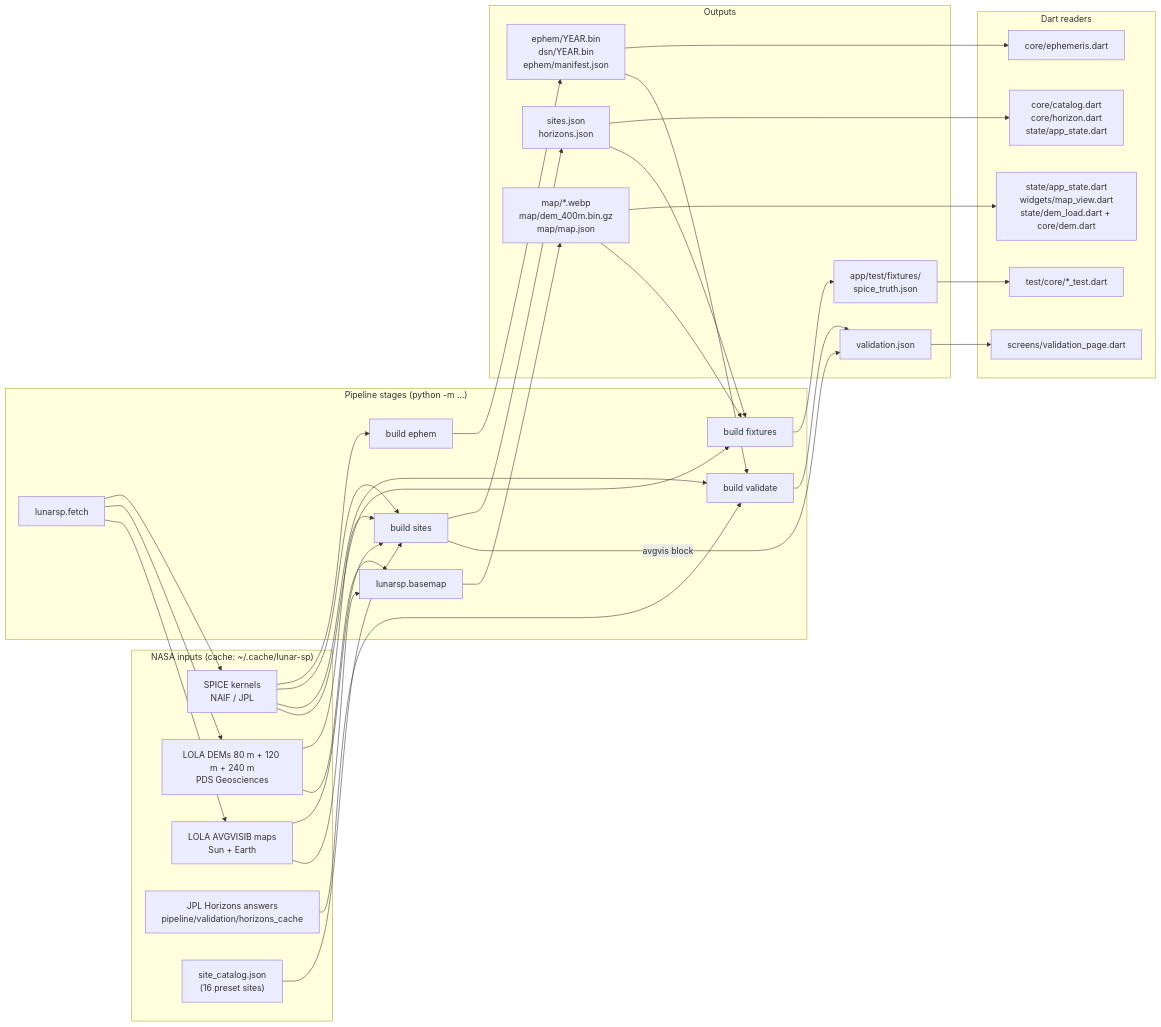
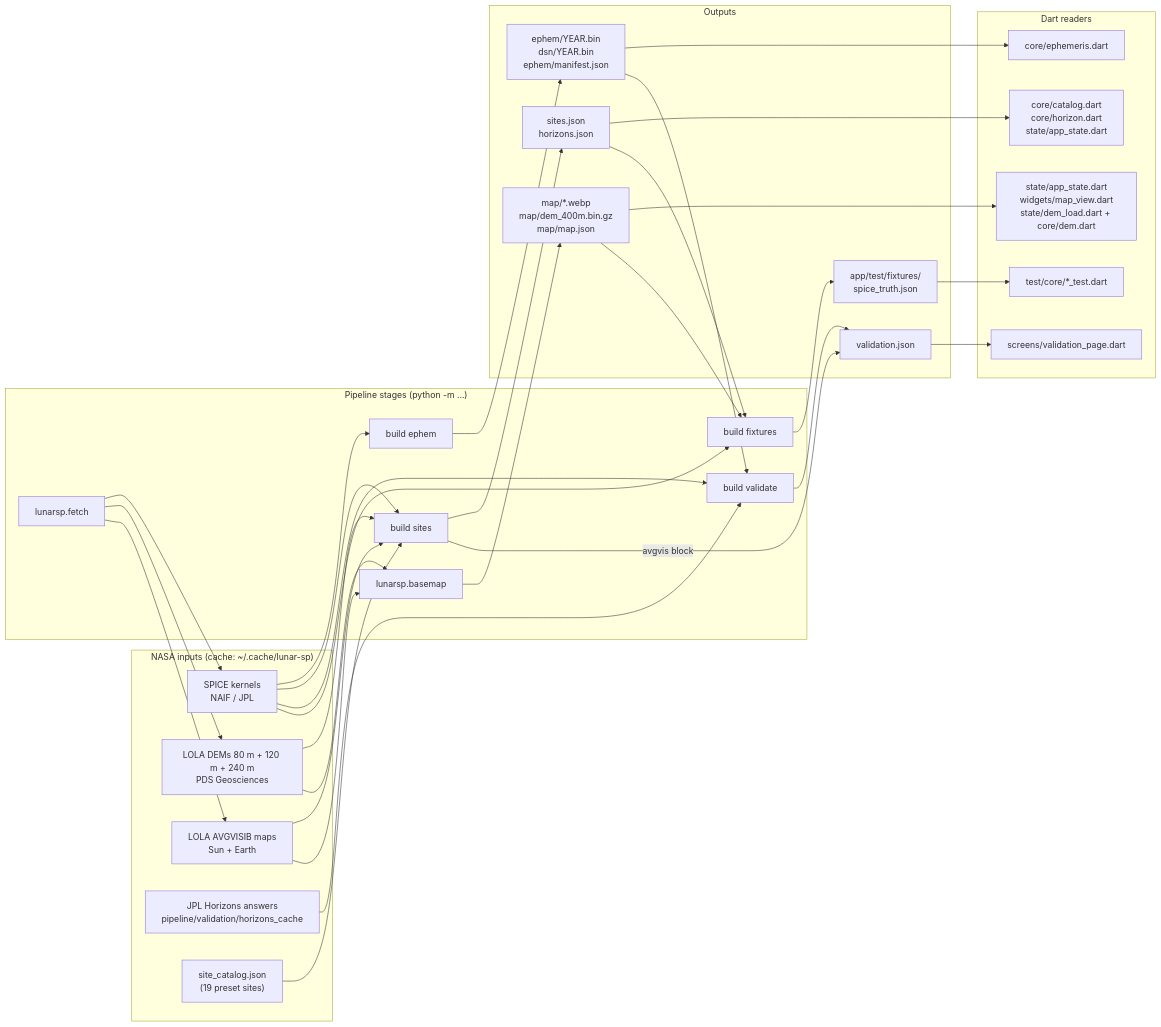
The diagram in pipeline/README.md (localizedprojects/CLPS-MOON-BROWSER), drawn with Mermaid before and after one commit. The commit also changed other lines of this file and 87 other files, not shown here.

````diff
--- a/pipeline/README.md
+++ b/pipeline/README.md
@@ -30,39 +30,39 @@
 ```mermaid
 flowchart LR
   subgraph NASA["NASA inputs (cache: ~/.cache/lunar-sp)"]
     K["SPICE kernels<br/>NAIF / JPL"]
     D["LOLA DEMs 80 m + 120 m + 240 m<br/>PDS Geosciences"]
     V["LOLA AVGVISIB maps<br/>Sun + Earth"]
     H["JPL Horizons answers<br/>pipeline/validation/horizons_cache"]
-    C["site_catalog.json<br/>(16 preset sites)"]
+    C["site_catalog.json<br/>(19 preset sites)"]
   end
   subgraph Stages["Pipeline stages (python -m ...)"]
     F["lunarsp.fetch"]
     E["build ephem"]
     S["build sites"]
     B["lunarsp.basemap"]
     VA["build validate"]
     FX["build fixtures"]
   end
   subgraph Out["Outputs"]
     O1["ephem/YEAR.bin<br/>dsn/YEAR.bin<br/>ephem/manifest.json"]
     O2["sites.json<br/>horizons.json"]
     O3["map/*.webp<br/>map/dem_400m.bin.gz<br/>map/map.json"]
     O4["validation.json"]
     O5["app/test/fixtures/<br/>spice_truth.json"]
   end
   subgraph Dart["Dart readers"]
     R1["core/ephemeris.dart"]
     R2["core/catalog.dart<br/>core/horizon.dart<br/>state/app_state.dart"]
     R3["state/app_state.dart<br/>widgets/map_view.dart<br/>state/dem_load.dart + core/dem.dart"]
     R4["screens/validation_page.dart"]
     R5["test/core/*_test.dart"]
   end
   F --> K & D & V
   K --> E --> O1 --> R1
   K & D & V & C --> S --> O2 --> R2
   D & V --> B --> O3 --> R3
   K & H & O1 --> VA --> O4 --> R4
   S -- "avgvis block" --> O4
   K & O2 & O3 --> FX --> O5 --> R5
 ```
````
